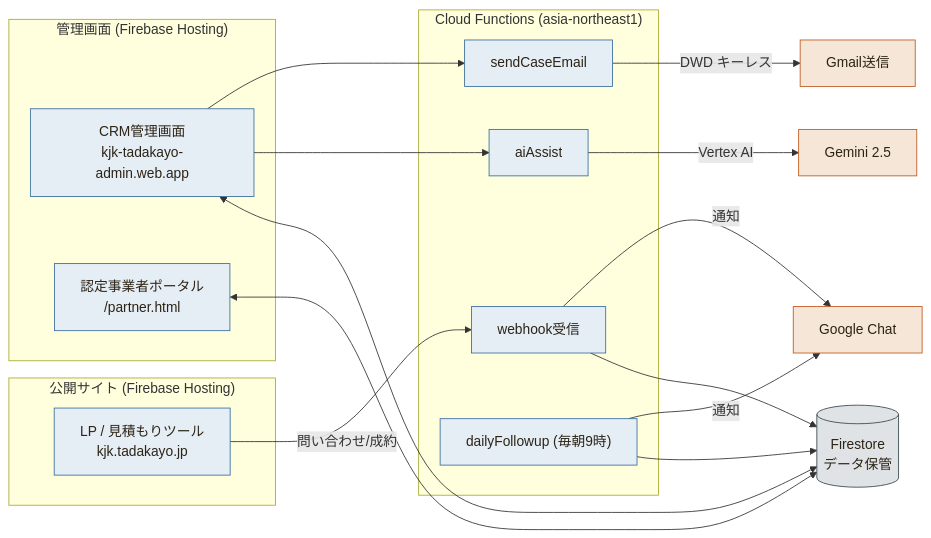
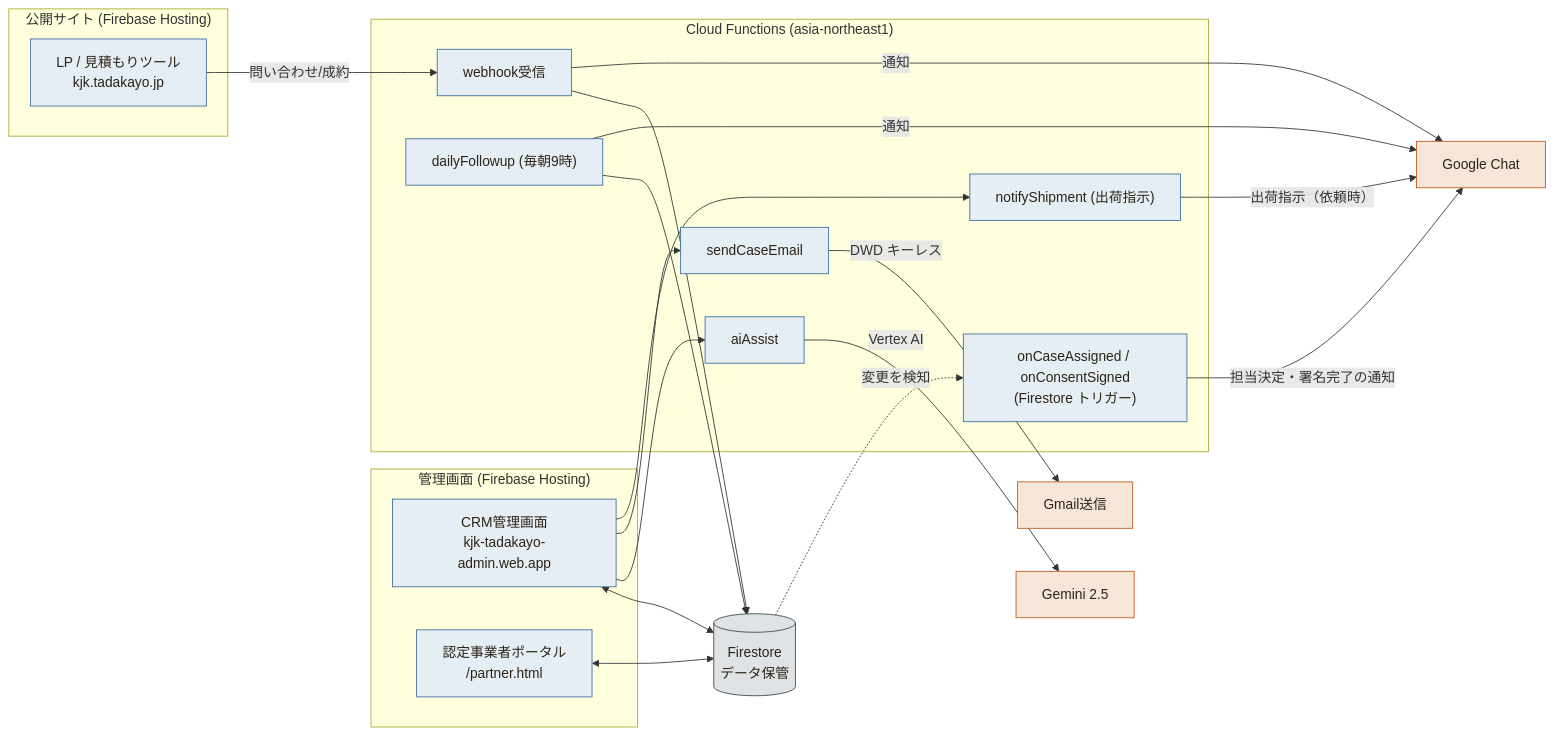
One commit to npo-tadakayo/kjk-tadakayo changed the fourth of 7 diagrams in ENGINEERING_NOTES.md. Above: the diagram before and after it, drawn with Mermaid. The commit also changed other lines of this file and 54 other files, not shown here.

````diff
--- a/ENGINEERING_NOTES.md
+++ b/ENGINEERING_NOTES.md
@@ -324,29 +325,34 @@
 ```mermaid
 flowchart LR
   subgraph 公開["公開サイト (Firebase Hosting)"]
     LP["LP / 見積もりツール<br/>kjk.tadakayo.jp"]
   end
   subgraph 管理["管理画面 (Firebase Hosting)"]
     ADM["CRM管理画面<br/>kjk-tadakayo-admin.web.app"]
     PT["認定事業者ポータル<br/>/partner.html"]
   end
   subgraph BE["Cloud Functions (asia-northeast1)"]
     WH["webhook受信"]
     SEND["sendCaseEmail"]
     AI["aiAssist"]
     SCH["dailyFollowup (毎朝9時)"]
+    TRG["onCaseAssigned / onConsentSigned<br/>(Firestore トリガー)"]
+    SHIPN["notifyShipment (出荷指示)"]
   end
   DB[("Firestore<br/>データ保管")]
   LP -->|問い合わせ/成約| WH --> DB
   ADM <--> DB
   PT <--> DB
   ADM --> AI -->|Vertex AI| GEM["Gemini 2.5"]
   ADM --> SEND -->|DWD キーレス| GM["Gmail送信"]
   WH -->|通知| CHAT["Google Chat"]
   SCH --> DB
   SCH -->|通知| CHAT
+  TRG -->|担当決定・署名完了の通知| CHAT
+  DB -.変更を検知.-> TRG
+  ADM --> SHIPN -->|出荷指示（依頼時）| CHAT
   classDef sys fill:#e5edf5,stroke:#3a6e9e,color:#2C2416;
   classDef db fill:#e0e3e6,stroke:#37474f,color:#2C2416;
   classDef ext fill:#f5e6d8,stroke:#c05a1f,color:#2C2416;
-  class LP,ADM,PT,WH,SEND,AI,SCH sys; class DB db; class GEM,GM,CHAT ext;
+  class LP,ADM,PT,WH,SEND,AI,SCH,TRG,SHIPN sys; class DB db; class GEM,GM,CHAT ext;
 ```
````
